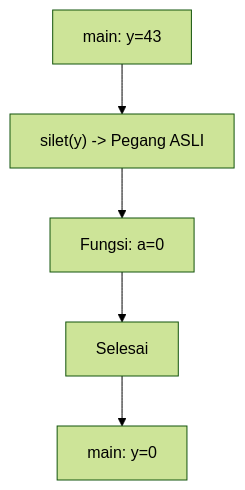
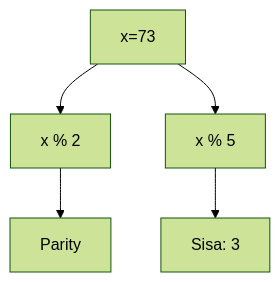
Diagram 20 of 25 in part-c-pemahaman-cpp/04-fungsi/latihan/set-02.md (amnahwaida/OSNK_INF_PREP), drawn with Mermaid (forest theme) before and after one commit. The commit also changed other lines of this file and 71 other files, not shown here.

````diff
--- a/part-c-pemahaman-cpp/04-fungsi/latihan/set-02.md
+++ b/part-c-pemahaman-cpp/04-fungsi/latihan/set-02.md
@@ -663,7 +594,7 @@
 ```mermaid
 graph TD
-    A[main: y=43] --> B["silet(y) -> Pegang ASLI"]
-    B --> C[Fungsi: a=0]
-    C --> D[Selesai]
-    D --> E[main: y=0]
+A[x=73] --> B[x % 2]
+B --> C[Parity]
+A --> D[x % 5]
+D --> E[Sisa: 3]
 ```
````
